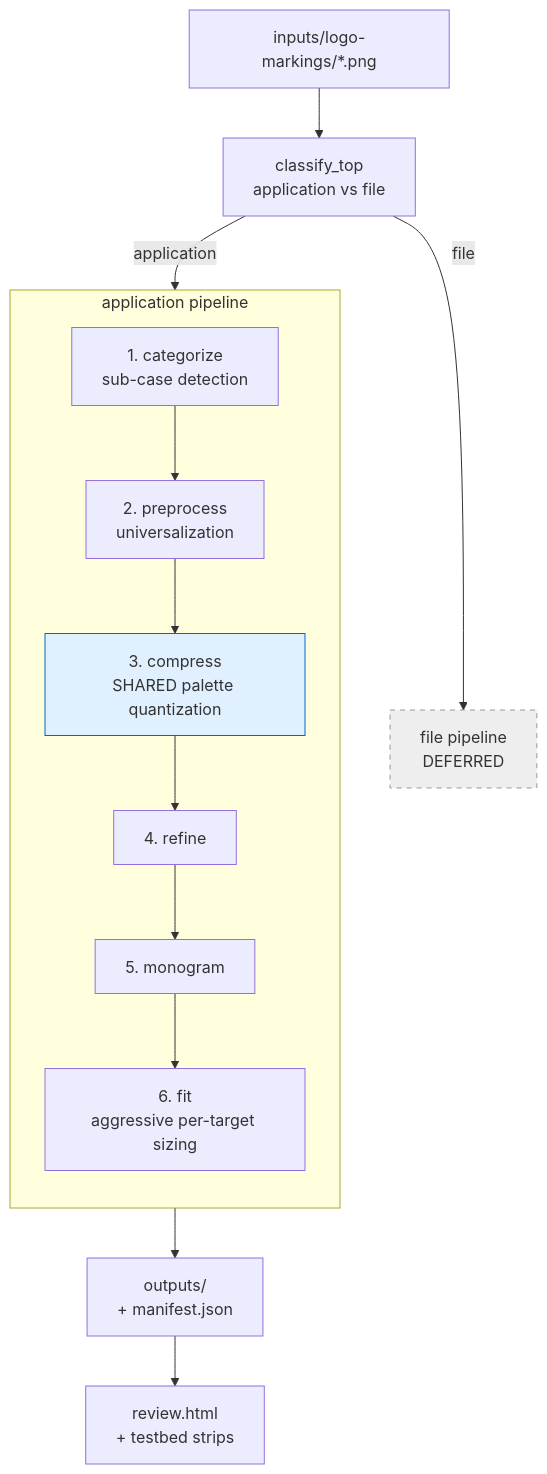
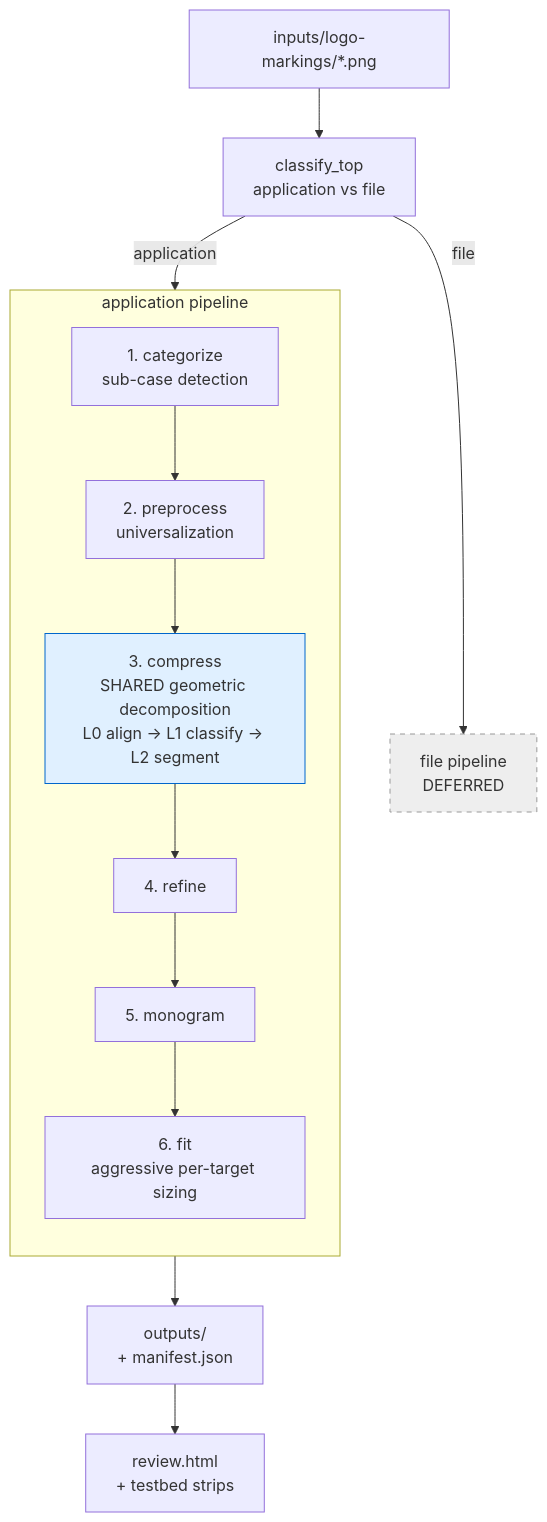
One commit to hb-1968/iconograph-algorithm changed the first of 2 diagrams in README.md. Above: the diagram before and after it, drawn with Mermaid. The commit also changed other lines of this file and 15 other files, not shown here.

````diff
--- a/README.md
+++ b/README.md
@@ -11,23 +11,23 @@
 ```mermaid
 flowchart TB
     A[inputs/logo-markings/*.png] --> TS[classify_top<br/>application vs file]
     TS -->|file| FT[file pipeline<br/>DEFERRED]
     TS -->|application| S1
 
     subgraph APP[application pipeline]
       direction TB
       S1[1. categorize<br/>sub-case detection] --> S2[2. preprocess<br/>universalization]
-      S2 --> S3[3. compress<br/>SHARED palette quantization]
+      S2 --> S3[3. compress<br/>SHARED geometric decomposition<br/>L0 align → L1 classify → L2 segment]
       S3 --> S4[4. refine]
       S4 --> S5[5. monogram]
       S5 --> S6[6. fit<br/>aggressive per-target sizing]
     end
 
     S6 --> OUT[outputs/<br/>+ manifest.json]
     OUT --> RV[review.html<br/>+ testbed strips]
 
     classDef shared fill:#e0f0ff,stroke:#06c
     classDef deferred fill:#eee,stroke:#999,stroke-dasharray:5 5
     class S3 shared
     class FT deferred
 ```
````
